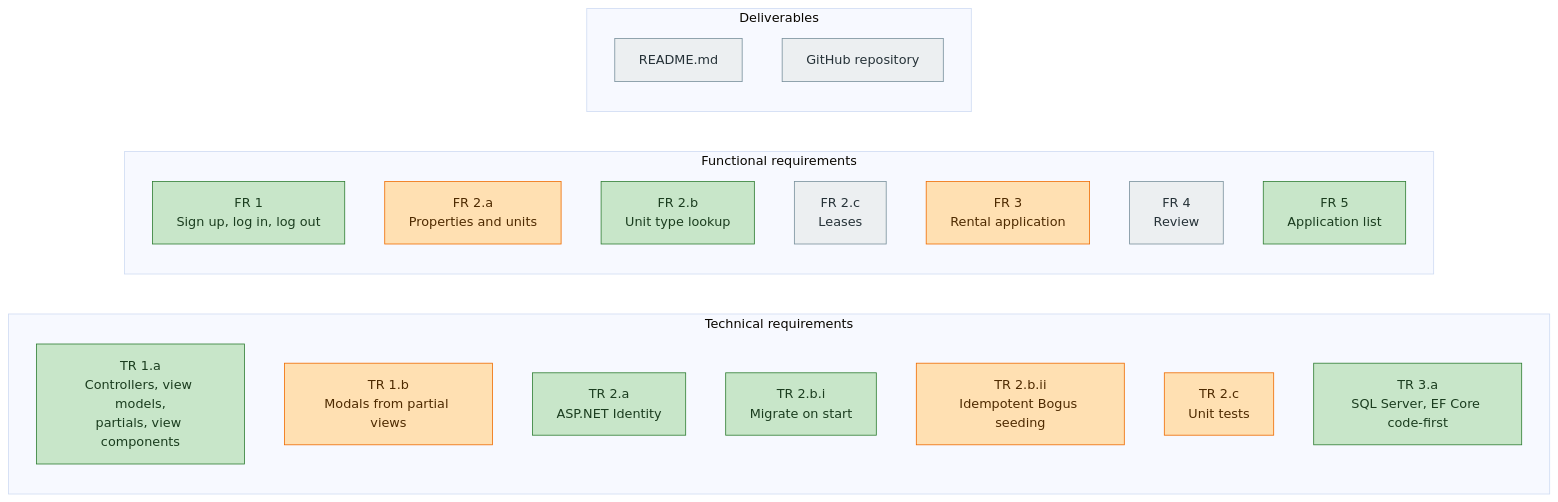
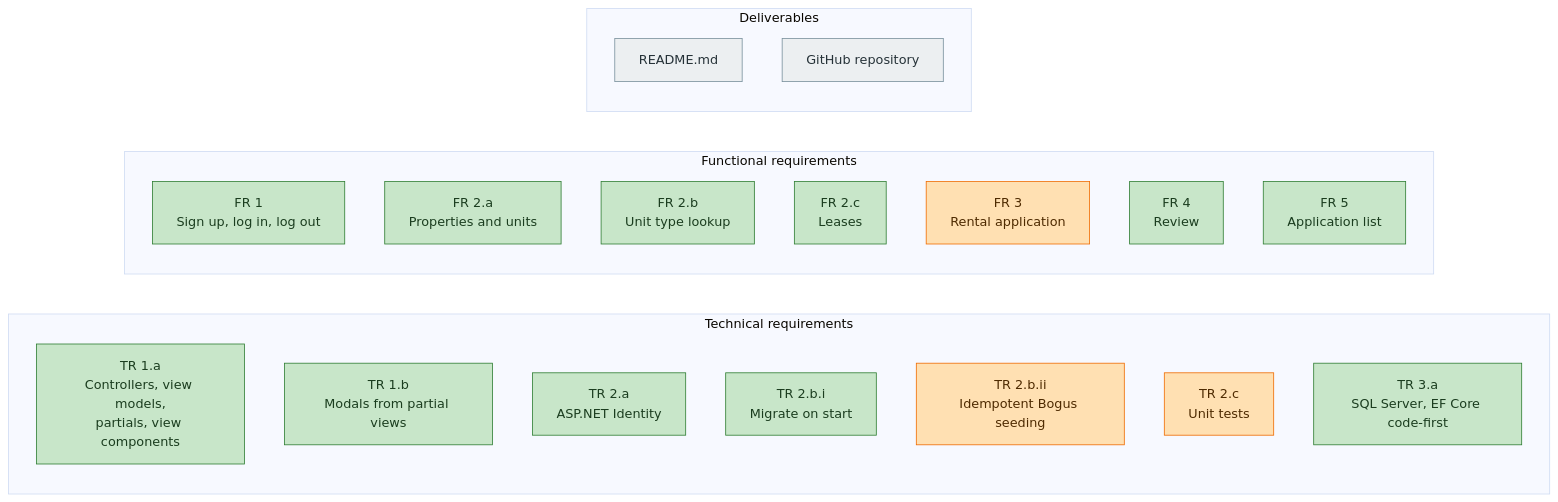
One commit to breps83/troy-rentalportal changed the first of 7 diagrams in docs/diagrams.md. Above: the diagram before and after it, drawn with Mermaid (base theme). The commit also changed other lines of this file and 1 other file, not shown here.

First line of the commit message:
Update requirements documentation for leases and reviews

````diff
--- a/docs/diagrams.md
+++ b/docs/diagrams.md
@@ -20,31 +20,31 @@
 ```mermaid
 flowchart LR
     classDef done fill:#c8e6c9,stroke:#2e7d32,color:#1b3d1f
     classDef partial fill:#ffe0b2,stroke:#ef6c00,color:#4e2a00
     classDef todo fill:#eceff1,stroke:#78909c,color:#263238
 
     subgraph TR["Technical requirements"]
         TR1a["TR 1.a<br/>Controllers, view models,<br/>partials, view components"]:::done
-        TR1b["TR 1.b<br/>Modals from partial views"]:::partial
+        TR1b["TR 1.b<br/>Modals from partial views"]:::done
         TR2a["TR 2.a<br/>ASP.NET Identity"]:::done
         TR2b1["TR 2.b.i<br/>Migrate on start"]:::done
         TR2b2["TR 2.b.ii<br/>Idempotent Bogus seeding"]:::partial
         TR2c["TR 2.c<br/>Unit tests"]:::partial
         TR3["TR 3.a<br/>SQL Server, EF Core code-first"]:::done
     end
 
     subgraph FR["Functional requirements"]
         FR1["FR 1<br/>Sign up, log in, log out"]:::done
-        FR2a["FR 2.a<br/>Properties and units"]:::partial
+        FR2a["FR 2.a<br/>Properties and units"]:::done
         FR2b["FR 2.b<br/>Unit type lookup"]:::done
-        FR2c["FR 2.c<br/>Leases"]:::todo
+        FR2c["FR 2.c<br/>Leases"]:::done
         FR3["FR 3<br/>Rental application"]:::partial
-        FR4["FR 4<br/>Review"]:::todo
+        FR4["FR 4<br/>Review"]:::done
         FR5["FR 5<br/>Application list"]:::done
     end
 
     subgraph DL["Deliverables"]
         README["README.md"]:::todo
         GH["GitHub repository"]:::todo
     end
 ```
````
